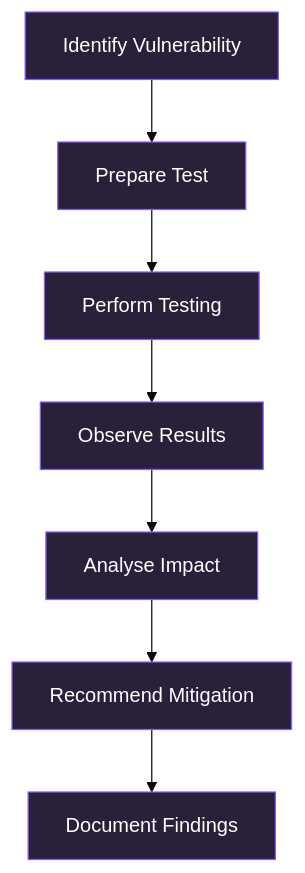
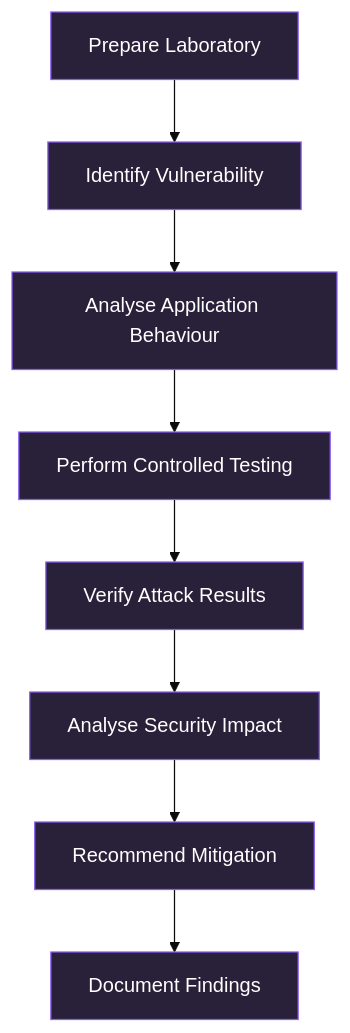
Before and after one commit to rosinss/dvwa-web-penetration-testing: the second of 2 diagrams in README.md, drawn with Mermaid (base theme). The commit also changed other lines of this file, not shown here.

Commit message:
Enhance DVWA documentation with practical vulnerability testing evidence

````diff
--- a/README.md
+++ b/README.md
@@ -146,12 +106,13 @@
 ```mermaid
 graph TD
-    A["Identify Vulnerability"] --> B["Prepare Test"]
-    B --> C["Perform Testing"]
-    C --> D["Observe Results"]
-    D --> E["Analyse Impact"]
-    E --> F["Recommend Mitigation"]
-    F --> G["Document Findings"]
+    A["Prepare Laboratory"] --> B["Identify Vulnerability"]
+    B --> C["Analyse Application Behaviour"]
+    C --> D["Perform Controlled Testing"]
+    D --> E["Verify Attack Results"]
+    E --> F["Analyse Security Impact"]
+    F --> G["Recommend Mitigation"]
+    G --> H["Document Findings"]
 
     classDef step fill:#292139,stroke:#8B5CF6,color:#FFFFFF
-    class A,B,C,D,E,F,G step
+    class A,B,C,D,E,F,G,H step
 ```
````
